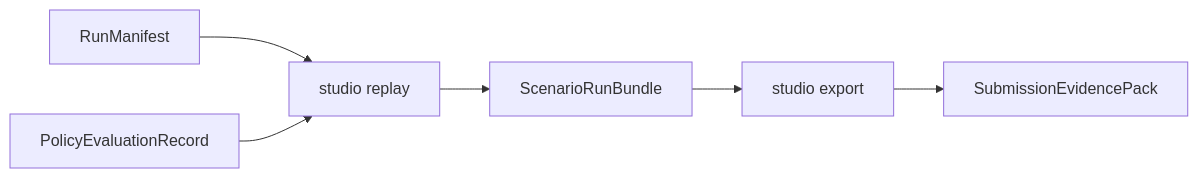
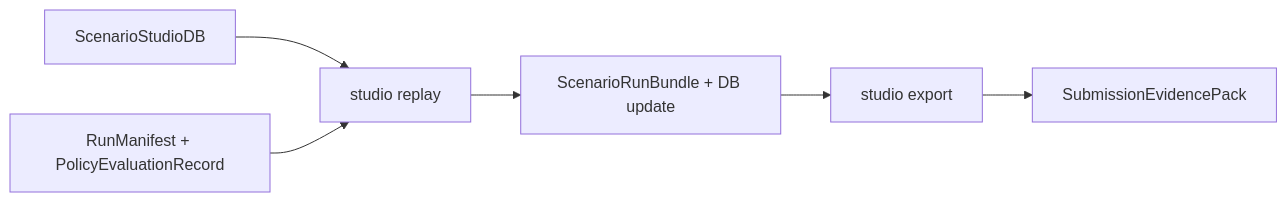
Before and after one commit to ZanarkandTechnologies/0xDriver: the diagram in tickets/TASK-118/ticket.md, drawn with Mermaid. The commit also changed other lines of this file and 8 other files, not shown here.

````diff
--- a/tickets/TASK-118/ticket.md
+++ b/tickets/TASK-118/ticket.md
@@ -30,8 +30,8 @@
 ```mermaid
 flowchart LR
-    A["RunManifest"] --> B["studio replay"]
-    C["PolicyEvaluationRecord"] --> B
-    B --> D["ScenarioRunBundle"]
+    A["ScenarioStudioDB"] --> B["studio replay"]
+    C["RunManifest + PolicyEvaluationRecord"] --> B
+    B --> D["ScenarioRunBundle + DB update"]
     D --> E["studio export"]
     E --> F["SubmissionEvidencePack"]
 ```
````
